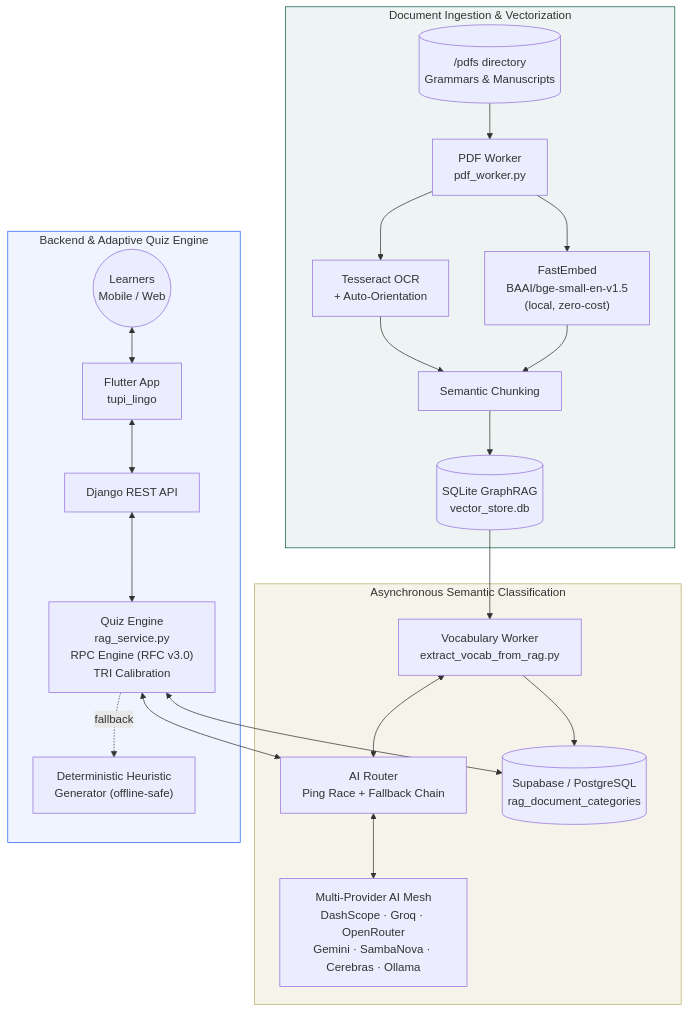
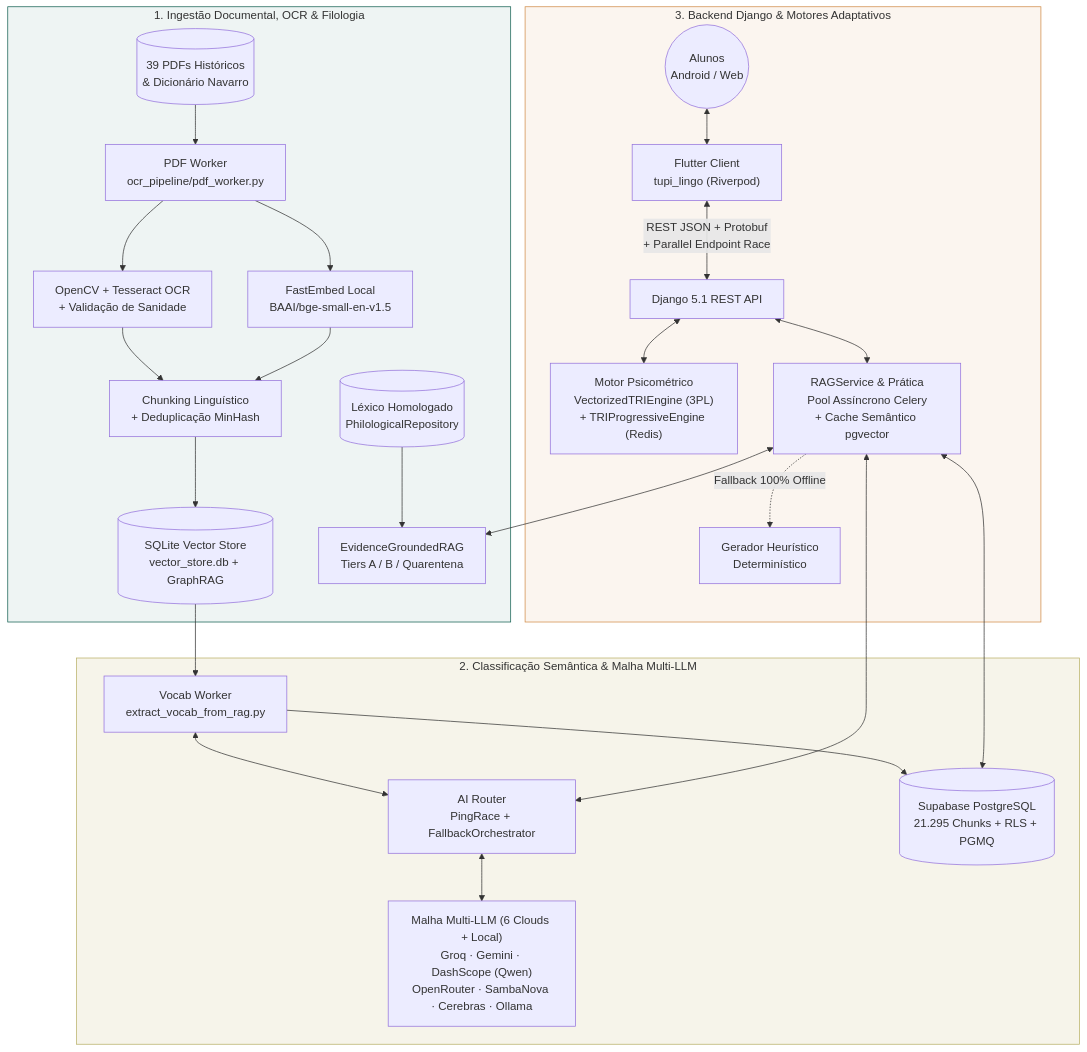
One commit to felipeamlozano-ui/TupiLingo-Project changed the first of 4 diagrams in README.md. Above: the diagram before and after it, drawn with Mermaid. The commit also changed other lines of this file, not shown here.

Commit message:
docs(readme): complete architectural diagnostic and update README to reflect current production codebase

````diff
--- a/README.md
+++ b/README.md
@@ -192,31 +183,34 @@
 ```mermaid
 flowchart TD
-    subgraph ING["Document Ingestion & Vectorization"]
-        PDFS[("/pdfs directory\nGrammars & Manuscripts")] --> PDFW["PDF Worker\npdf_worker.py"]
-        PDFW --> OCR["Tesseract OCR\n+ Auto-Orientation"]
-        PDFW --> FE["FastEmbed\nBAAI/bge-small-en-v1.5\n(local, zero-cost)"]
-        OCR --> CHUNK["Semantic Chunking"]
+    subgraph ING["1. Ingestão Documental, OCR & Filologia"]
+        PDFS[("39 PDFs Históricos\n& Dicionário Navarro")] --> PDFW["PDF Worker\nocr_pipeline/pdf_worker.py"]
+        PDFW --> OCR["OpenCV + Tesseract OCR\n+ Validação de Sanidade"]
+        PDFW --> FE["FastEmbed Local\nBAAI/bge-small-en-v1.5"]
+        OCR --> CHUNK["Chunking Linguístico\n+ Deduplicação MinHash"]
         FE --> CHUNK
-        CHUNK --> SQLITE[("SQLite GraphRAG\nvector_store.db")]
+        CHUNK --> SQLITE[("SQLite Vector Store\nvector_store.db + GraphRAG")]
+        NAVARRO[("Léxico Homologado\nPhilologicalRepository")] --> EGRAG["EvidenceGroundedRAG\nTiers A / B / Quarentena"]
     end
 
-    subgraph CLASS["Asynchronous Semantic Classification"]
-        SQLITE --> VW["Vocabulary Worker\nextract_vocab_from_rag.py"]
-        VW <--> ROUTER["AI Router\nPing Race + Fallback Chain"]
-        ROUTER <--> MESH["Multi-Provider AI Mesh\nDashScope · Groq · OpenRouter\nGemini · SambaNova · Cerebras · Ollama"]
-        VW --> SUPA[("Supabase / PostgreSQL\nrag_document_categories")]
+    subgraph CLASS["2. Classificação Semântica & Malha Multi-LLM"]
+        SQLITE --> VW["Vocab Worker\nextract_vocab_from_rag.py"]
+        VW <--> ROUTER["AI Router\nPingRace + FallbackOrchestrator"]
+        ROUTER <--> MESH["Malha Multi-LLM (6 Clouds + Local)\nGroq · Gemini · DashScope (Qwen)\nOpenRouter · SambaNova · Cerebras · Ollama"]
+        VW --> SUPA[("Supabase PostgreSQL\n21.295 Chunks + RLS + PGMQ")]
     end
 
-    subgraph SERVE["Backend & Adaptive Quiz Engine"]
-        USERS(("Learners\nMobile / Web")) <--> FLUTTER["Flutter App\ntupi_lingo"]
-        FLUTTER <--> DJANGO["Django REST API"]
-        DJANGO <--> QUIZ["Quiz Engine\nrag_service.py\nRPC Engine (RFC v3.0)\nTRI Calibration"]
+    subgraph SERVE["3. Backend Django & Motores Adaptativos"]
+        USERS(("Alunos\nAndroid / Web")) <--> FLUTTER["Flutter Client\ntupi_lingo (Riverpod)"]
+        FLUTTER <-->|"REST JSON + Protobuf\n+ Parallel Endpoint Race"| DJANGO["Django 5.1 REST API"]
+        DJANGO <--> TRI["Motor Psicométrico\nVectorizedTRIEngine (3PL)\n+ TRIProgressiveEngine (Redis)"]
+        DJANGO <--> QUIZ["RAGService & Prática\nPool Assíncrono Celery\n+ Cache Semântico pgvector"]
+        QUIZ <--> EGRAG
         QUIZ <--> SUPA
         QUIZ <--> ROUTER
-        QUIZ -.fallback.-> HEUR["Deterministic Heuristic\nGenerator (offline-safe)"]
+        QUIZ -.->|"Fallback 100% Offline"| HEUR["Gerador Heurístico\nDeterminístico"]
     end
 
     style ING fill:#0E5D4E11,stroke:#0E5D4E
     style CLASS fill:#B8AF6422,stroke:#B8AF64
-    style SERVE fill:#2563EB11,stroke:#2563EB
+    style SERVE fill:#D08A4515,stroke:#D08A45
 ```
````
